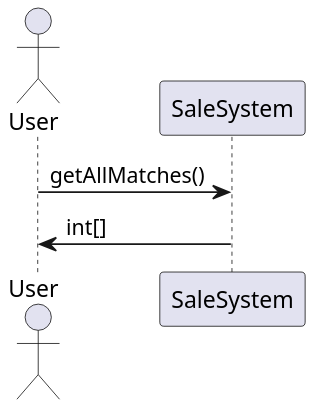
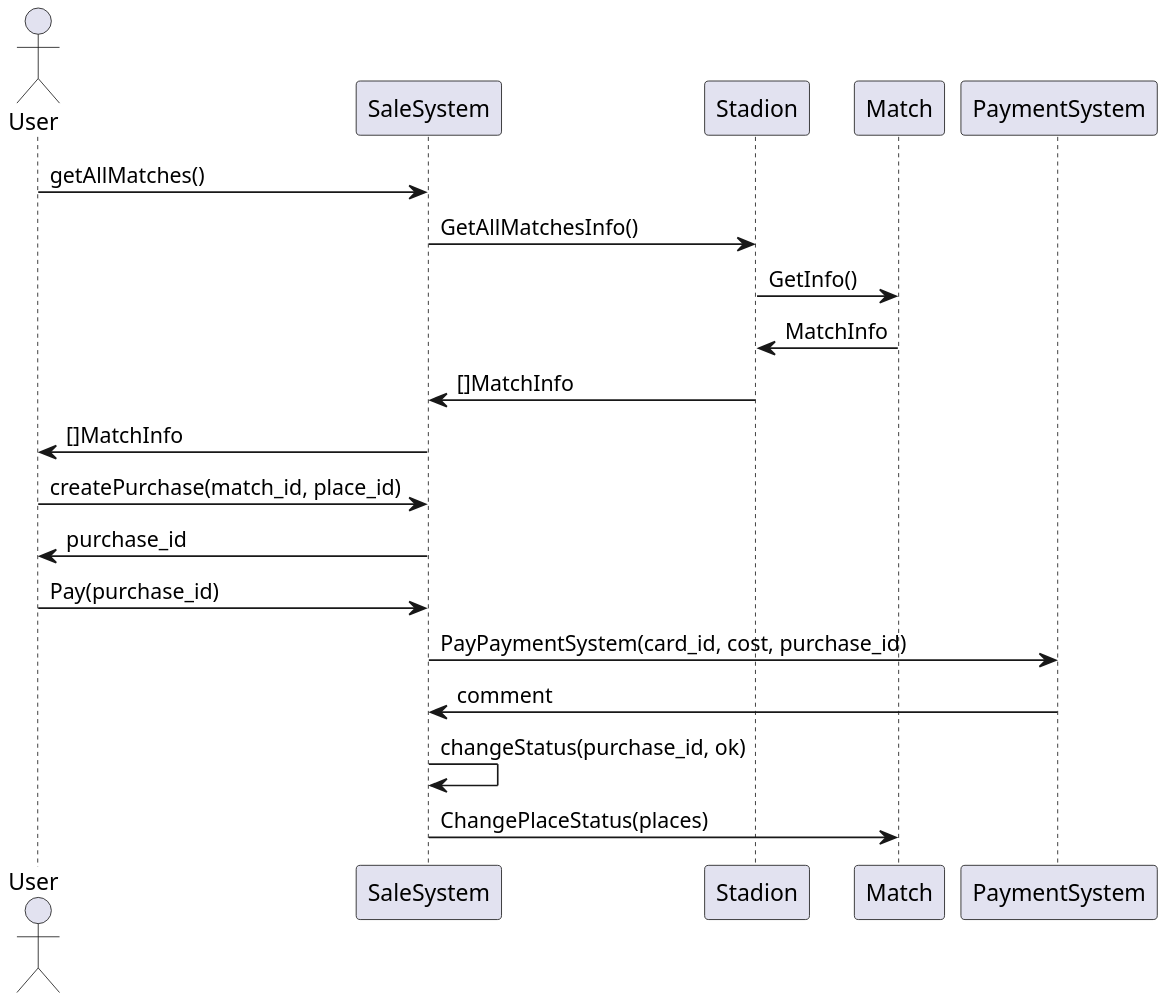
One commit to penamarth/bsbo-01-21_team4_var10_footbal changed the diagram in precident_sale_ticket/sequence_diagramm.wsd. Above: the diagram before and after it, drawn with PlantUML. The commit also changed 2 other files, not shown here.

Commit message:
диаграмма последовательности

```diff
--- a/precident_sale_ticket/sequence_diagramm.wsd
+++ b/precident_sale_ticket/sequence_diagramm.wsd
@@ -1,8 +1,20 @@
 @startuml precident_sale
 scale 2
 
 
 actor User
 User -> SaleSystem : getAllMatches()
-User <- SaleSystem : int[]
+SaleSystem -> Stadion : GetAllMatchesInfo()
+Stadion -> Match : GetInfo()
+Stadion <- Match : MatchInfo
+SaleSystem <- Stadion : []MatchInfo
+User <- SaleSystem : []MatchInfo
+User -> SaleSystem : createPurchase(match_id, place_id)
+User <- SaleSystem : purchase_id
+User -> SaleSystem : Pay(purchase_id) 
+SaleSystem -> PaymentSystem : PayPaymentSystem(card_id, cost, purchase_id)
+SaleSystem <- PaymentSystem : comment
+SaleSystem -> SaleSystem : changeStatus(purchase_id, ok)
+SaleSystem -> Match : ChangePlaceStatus(places)
+
 @enduml
```
